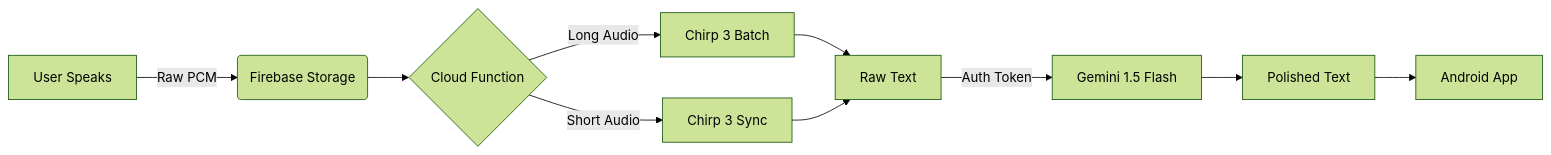
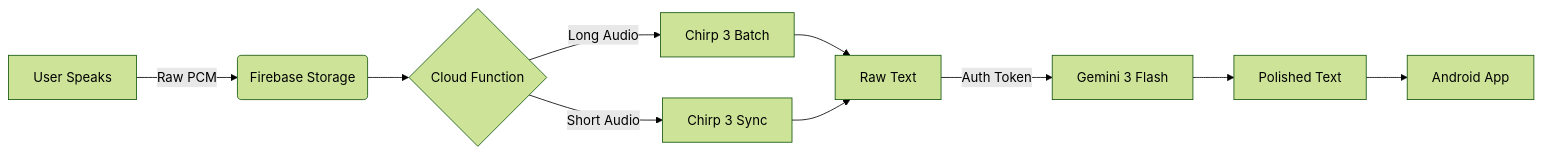
Before and after one commit to CodePandaaAI/VoDrop: the first of 2 diagrams in README.md, drawn with Mermaid (forest theme). The commit also changed other lines of this file, not shown here.

First line of the commit message:
Update README with Gemini 3 Flash and clarity improvements

````diff
--- a/README.md
+++ b/README.md
@@ -73,11 +92,11 @@
 ```mermaid
 graph LR
     A[User Speaks] -->|Raw PCM| B(Firebase Storage)
     B --> C{Cloud Function}
     C -->|Long Audio| D[Chirp 3 Batch]
     C -->|Short Audio| E[Chirp 3 Sync]
     D & E --> F[Raw Text]
-    F -->|Auth Token| G[Gemini 1.5 Flash]
+    F -->|Auth Token| G[Gemini 3 Flash]
     G --> H[Polished Text]
     H --> I[Android App]
 ```
````
